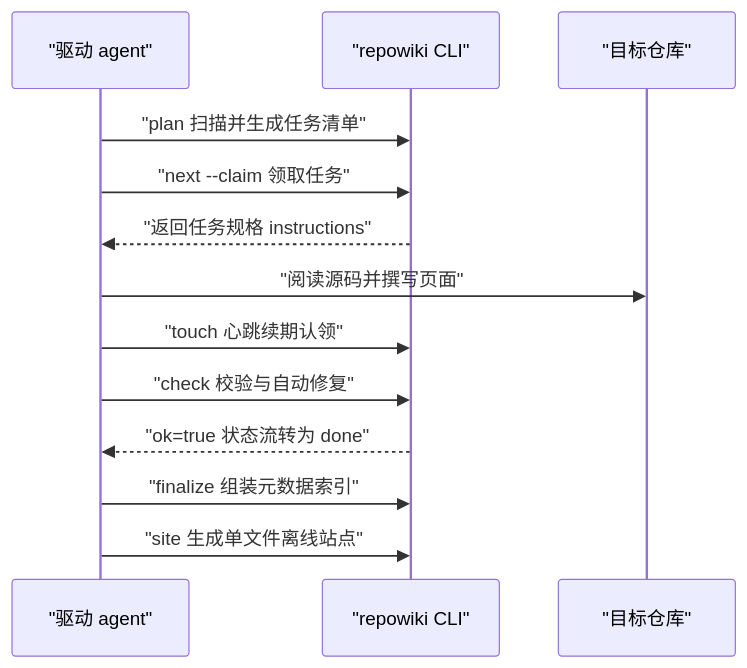
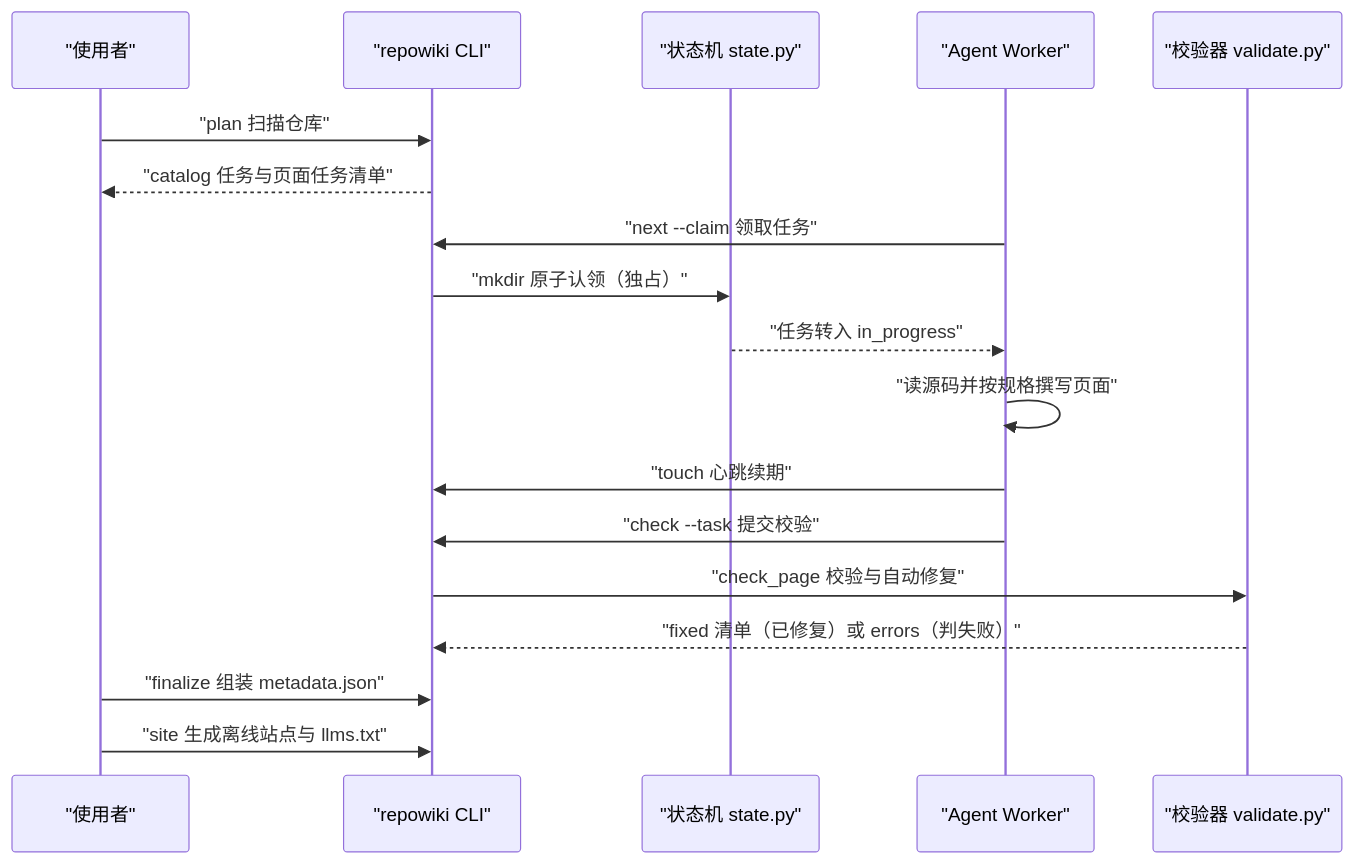
One commit to luomsis/repowiki changed the second of 3 diagrams in .repowiki/zh/content/项目概述/项目概述.md. Above: the diagram before and after it, drawn with Mermaid. The commit also changed other lines of this file and 26 other files, not shown here.

````diff
--- a/.repowiki/zh/content/项目概述/项目概述.md
+++ b/.repowiki/zh/content/项目概述/项目概述.md
@@ -79,15 +103,20 @@
 ```mermaid
 sequenceDiagram
-participant Agent as "驱动 agent"
+participant User as "使用者"
 participant CLI as "repowiki CLI"
-participant Repo as "目标仓库"
-Agent->>CLI : "plan 扫描并生成任务清单"
-Agent->>CLI : "next --claim 领取任务"
-CLI-->>Agent : "返回任务规格 instructions"
-Agent->>Repo : "阅读源码并撰写页面"
-Agent->>CLI : "touch 心跳续期认领"
-Agent->>CLI : "check 校验与自动修复"
-CLI-->>Agent : "ok=true 状态流转为 done"
-Agent->>CLI : "finalize 组装元数据索引"
-Agent->>CLI : "site 生成单文件离线站点"
+participant State as "状态机 state.py"
+participant Worker as "Agent Worker"
+participant Val as "校验器 validate.py"
+User->>CLI : "plan 扫描仓库"
+CLI-->>User : "catalog 任务与页面任务清单"
+Worker->>CLI : "next --claim 领取任务"
+CLI->>State : "mkdir 原子认领（独占）"
+State-->>Worker : "任务转入 in_progress"
+Worker->>Worker : "读源码并按规格撰写页面"
+Worker->>CLI : "touch 心跳续期"
+Worker->>CLI : "check --task 提交校验"
+CLI->>Val : "check_page 校验与自动修复"
+Val-->>CLI : "fixed 清单（已修复）或 errors（判失败）"
+User->>CLI : "finalize 组装 metadata.json"
+User->>CLI : "site 生成离线站点与 llms.txt"
 ```
````
